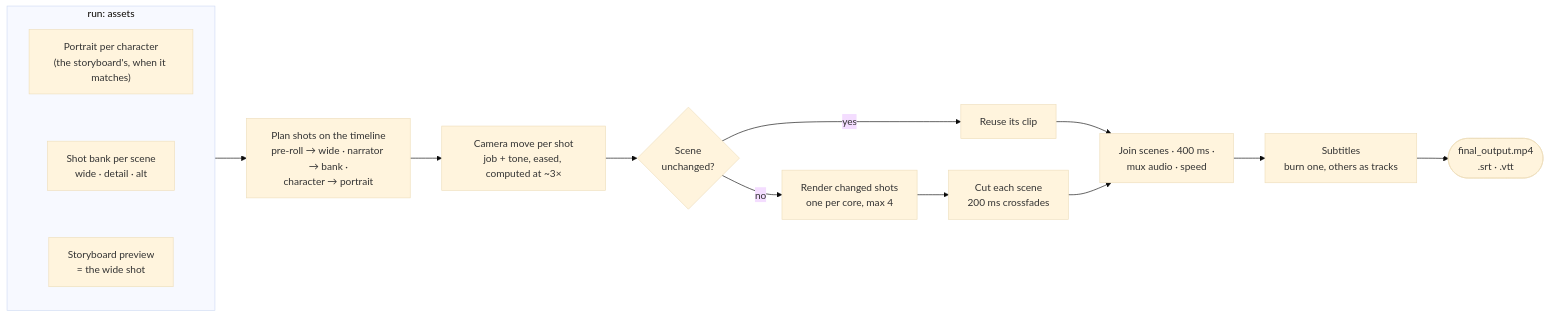
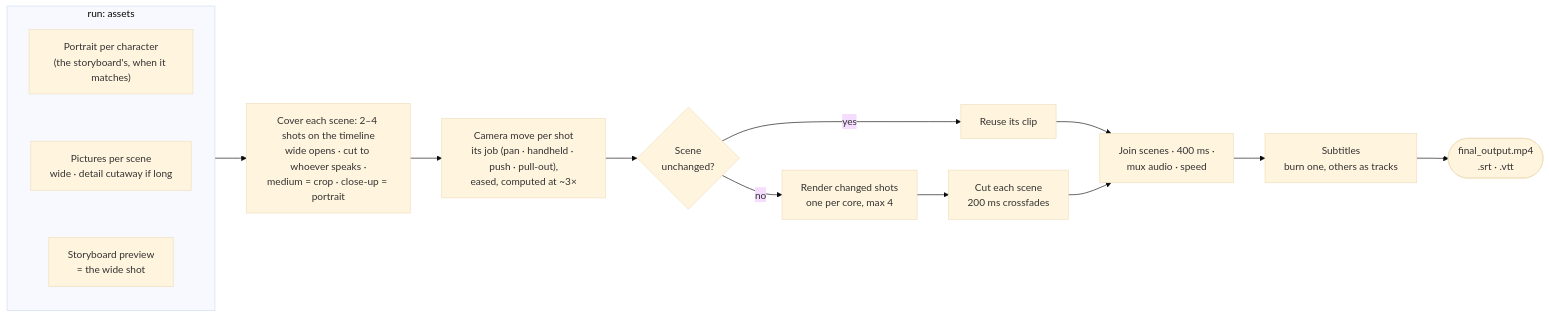
One commit to saad-dafinitiq/Project-Dastango changed the sixth of 9 diagrams in docs/AGENTS.md. Above: the diagram before and after it, drawn with Mermaid (base theme). The commit also changed other lines of this file and 21 other files, not shown here.

````diff
--- a/docs/AGENTS.md
+++ b/docs/AGENTS.md
@@ -306,22 +306,22 @@
 ```mermaid
 flowchart LR
     subgraph assets["run: assets"]
         direction TB
-        port["Portrait per character<br/>(the storyboard's, when it matches)"] ~~~ bank["Shot bank per scene<br/>wide · detail · alt"] ~~~ reuse["Storyboard preview<br/>= the wide shot"]
+        port["Portrait per character<br/>(the storyboard's, when it matches)"] ~~~ bank["Pictures per scene<br/>wide · detail cutaway if long"] ~~~ reuse["Storyboard preview<br/>= the wide shot"]
     end
 
-    planS["Plan shots on the timeline<br/>pre-roll → wide · narrator → bank ·<br/>character → portrait"]
-    move["Camera move per shot<br/>job + tone, eased, computed at ~3×"]
+    planS["Cover each scene: 2–4 shots on the timeline<br/>wide opens · cut to whoever speaks ·<br/>medium = crop · close-up = portrait"]
+    move["Camera move per shot<br/>its job (pan · handheld · push · pull-out),<br/>eased, computed at ~3×"]
     sig{"Scene<br/>unchanged?"}
     keep["Reuse its clip"]
     pool["Render changed shots<br/>one per core, max 4"]
     assemble["Cut each scene<br/>200 ms crossfades"]
     film["Join scenes · 400 ms ·<br/>mux audio · speed"]
     subs["Subtitles<br/>burn one, others as tracks"]
     out(["final_output.mp4<br/>.srt · .vtt"])
 
     assets --> planS --> move --> sig
     sig -- "yes" --> keep --> film
     sig -- "no" --> pool --> assemble --> film
     film --> subs --> out
 ```
````
